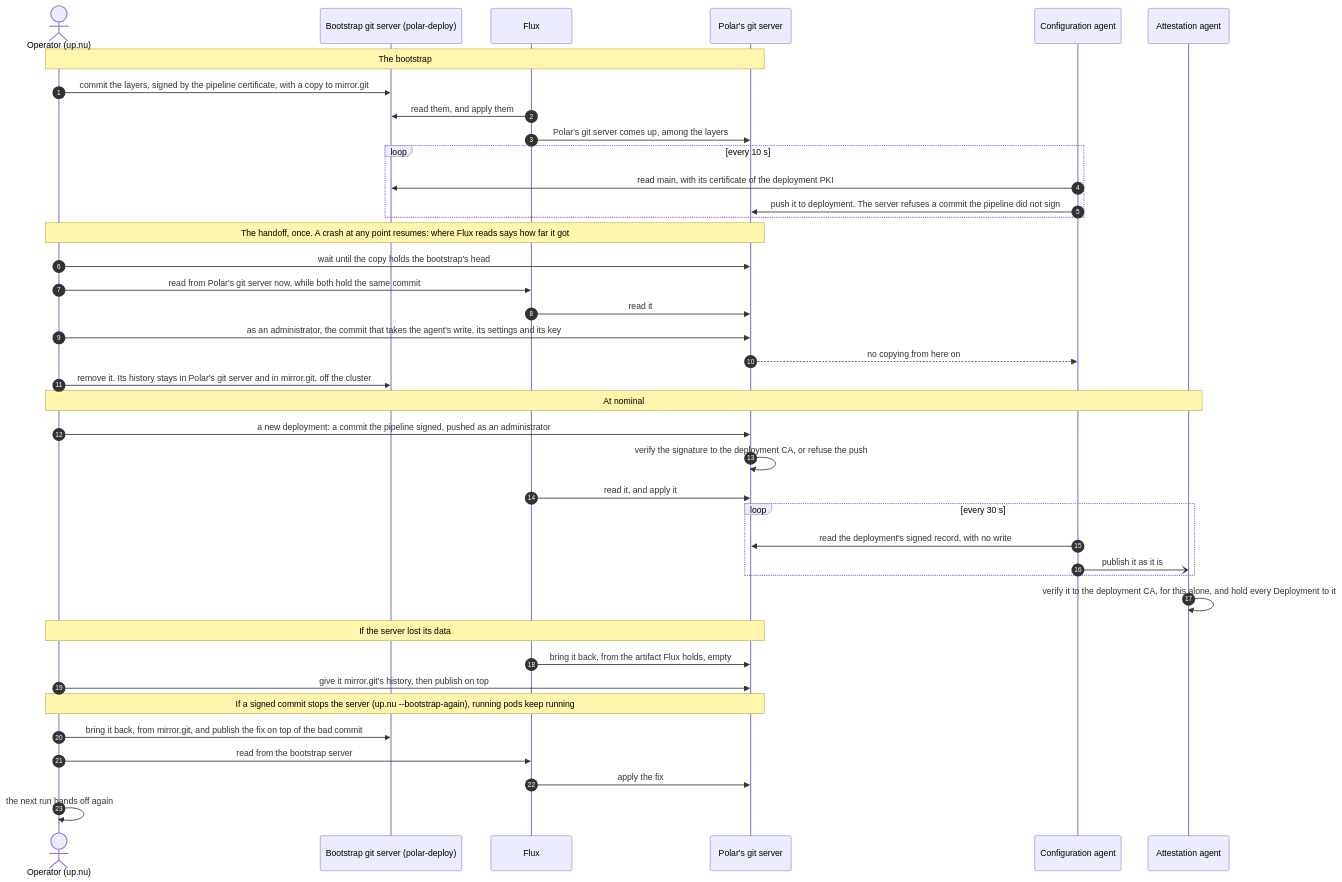
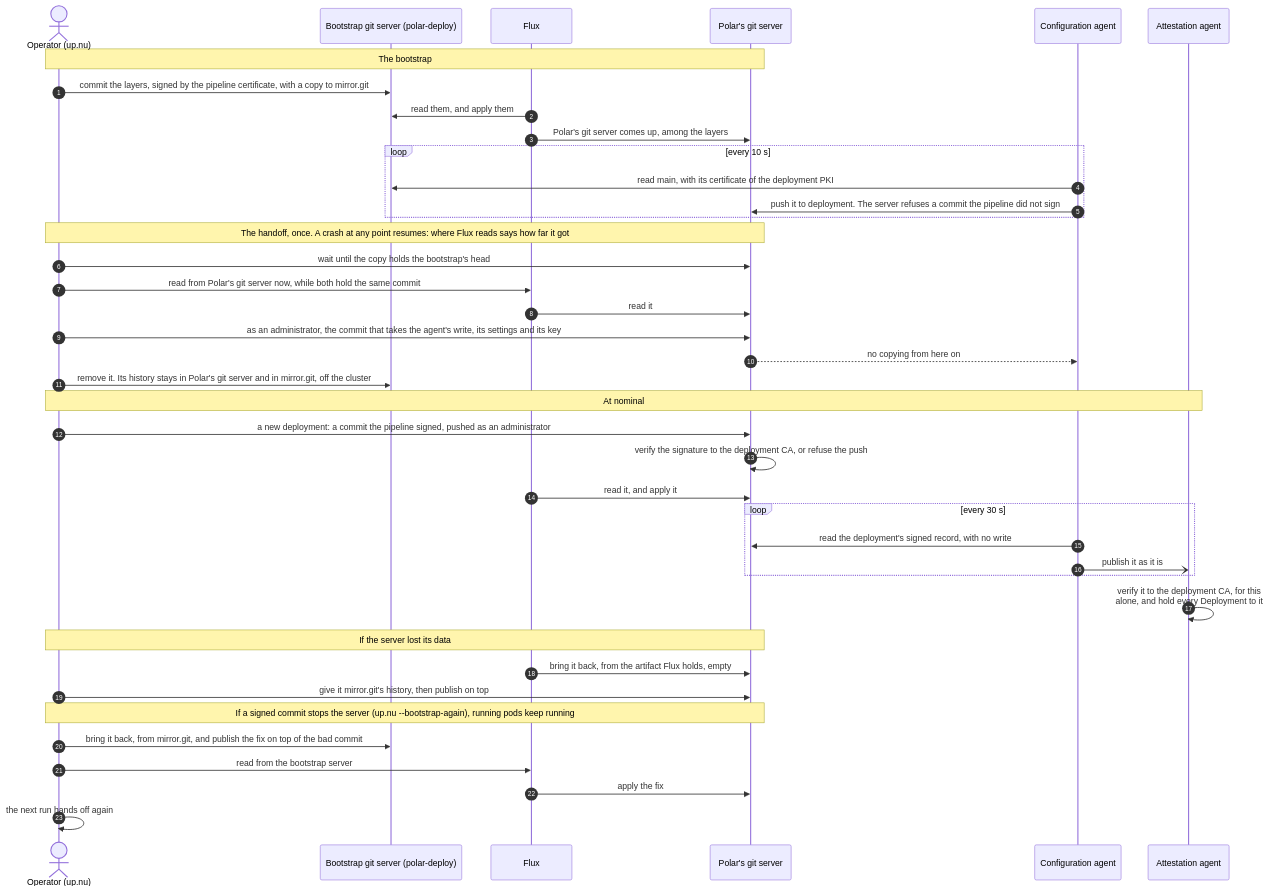
One commit to cmu-sei/ace-tops changed the diagram in docs/architecture/sequences/bootstrap/phase4-handoff.mmd. Above: the diagram before and after it, drawn with Mermaid. The commit also changed 69 other files, not shown here.

First line of the commit message:
docs(sequences): the rest of the audit, drawn from the code

```diff
--- a/docs/architecture/sequences/bootstrap/phase4-handoff.mmd
+++ b/docs/architecture/sequences/bootstrap/phase4-handoff.mmd
@@ -1,68 +1,68 @@
 %% ACE Tool
 %%
 %% Copyright 2026 Carnegie Mellon University.
 %%
 %% NO WARRANTY. THIS CARNEGIE MELLON UNIVERSITY AND SOFTWARE ENGINEERING INSTITUTE MATERIAL IS
 %% FURNISHED ON AN "AS-IS" BASIS. CARNEGIE MELLON UNIVERSITY MAKES NO WARRANTIES OF ANY KIND, EITHER
 %% EXPRESSED OR IMPLIED, AS TO ANY MATTER INCLUDING, BUT NOT LIMITED TO, WARRANTY OF FITNESS FOR
 %% PURPOSE OR MERCHANTABILITY, EXCLUSIVITY, OR RESULTS OBTAINED FROM USE OF THE MATERIAL. CARNEGIE
 %% MELLON UNIVERSITY DOES NOT MAKE ANY WARRANTY OF ANY KIND WITH RESPECT TO FREEDOM FROM PATENT,
 %% TRADEMARK, OR COPYRIGHT INFRINGEMENT.
 %%
 %% Licensed under a MIT (SEI)-style license, please see license.txt or contact
 %% permission@sei.cmu.edu for full terms.
 %%
 %% [DISTRIBUTION STATEMENT A] This material has been approved for public release and unlimited
 %% distribution.  Please see Copyright notice for non-US Government use and distribution.
 %%
 %% This Software includes and/or makes use of Third-Party Software each subject to its own license.
 %%
 %% DM26-0670
 
 %% Handing a cluster's deployment over to Polar's own git server (cluster-bootstrap.md, "Handing off to Polar's git server").
 %% Built and run.
 sequenceDiagram
     autonumber
     actor Op as Operator (up.nu)
     participant Boot as Bootstrap git server (polar-deploy)
     participant Flux as Flux
     participant Git as Polar's git server
     participant Cfg as Configuration agent
     participant Att as Attestation agent
 
     Note over Op,Git: The bootstrap
     Op->>Boot: commit the layers, signed by the pipeline certificate, with a copy to mirror.git
     Flux->>Boot: read them, and apply them
     Flux->>Git: Polar's git server comes up, among the layers
     loop every 10 s
         Cfg->>Boot: read main, with its certificate of the deployment PKI
         Cfg->>Git: push it to deployment. The server refuses a commit the pipeline did not sign
     end
 
     Note over Op,Git: The handoff, once. A crash at any point resumes: where Flux reads says how far it got
     Op->>Git: wait until the copy holds the bootstrap's head
     Op->>Flux: read from Polar's git server now, while both hold the same commit
     Flux->>Git: read it
     Op->>Git: as an administrator, the commit that takes the agent's write, its settings and its key
     Git-->>Cfg: no copying from here on
     Op->>Boot: remove it. Its history stays in Polar's git server and in mirror.git, off the cluster
 
     Note over Op,Att: At nominal
     Op->>Git: a new deployment: a commit the pipeline signed, pushed as an administrator
     Git->>Git: verify the signature to the deployment CA, or refuse the push
     Flux->>Git: read it, and apply it
     loop every 30 s
         Cfg->>Git: read the deployment's signed record, with no write
         Cfg-)Att: publish it as it is
     end
-    Att->>Att: verify it to the deployment CA, for this alone, and hold every Deployment to it
+    Att->>Att: verify it to the deployment CA, for this<br/>alone, and hold every Deployment to it
 
     Note over Op,Git: If the server lost its data
     Flux->>Git: bring it back, from the artifact Flux holds, empty
     Op->>Git: give it mirror.git's history, then publish on top
 
     Note over Op,Git: If a signed commit stops the server (up.nu --bootstrap-again), running pods keep running
     Op->>Boot: bring it back, from mirror.git, and publish the fix on top of the bad commit
     Op->>Flux: read from the bootstrap server
     Flux->>Git: apply the fix
     Op->>Op: the next run hands off again
```
